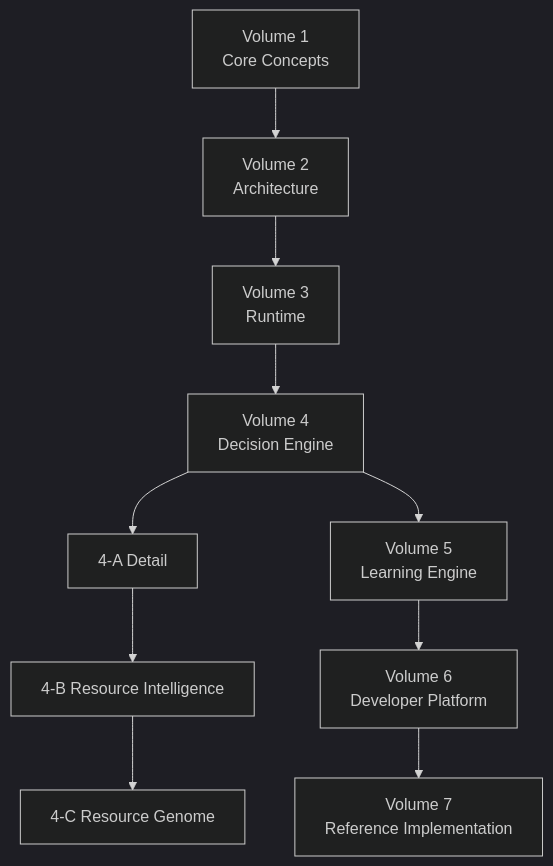
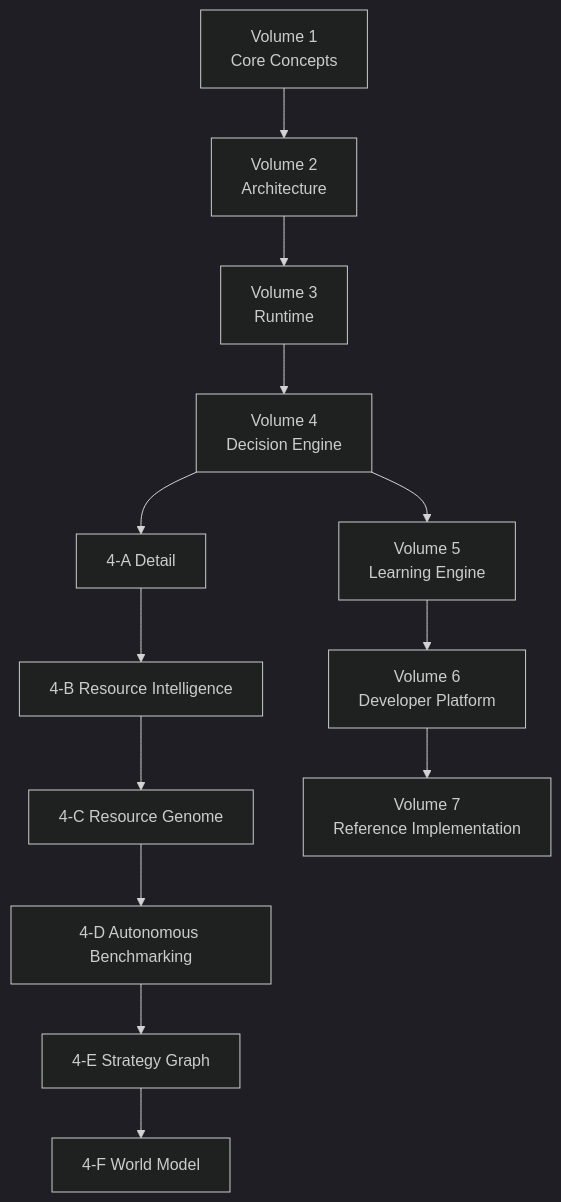
One commit to gyhan0223/intent-os-spec changed the diagram in README.md. Above: the diagram before and after it, drawn with Mermaid (dark theme). The commit also changed other lines of this file and 5 other files, not shown here.

````diff
--- a/README.md
+++ b/README.md
@@ -69,12 +72,15 @@
 ```mermaid
 graph TD
     V1[Volume 1<br/>Core Concepts] --> V2[Volume 2<br/>Architecture]
     V2 --> V3[Volume 3<br/>Runtime]
     V3 --> V4[Volume 4<br/>Decision Engine]
     V4 --> V4A[4-A Detail]
     V4A --> V4B[4-B Resource Intelligence]
     V4B --> V4C[4-C Resource Genome]
+    V4C --> V4D[4-D Autonomous Benchmarking]
+    V4D --> V4E[4-E Strategy Graph]
+    V4E --> V4F[4-F World Model]
     V4 --> V5[Volume 5<br/>Learning Engine]
     V5 --> V6[Volume 6<br/>Developer Platform]
     V6 --> V7[Volume 7<br/>Reference Implementation]
 ```
````
